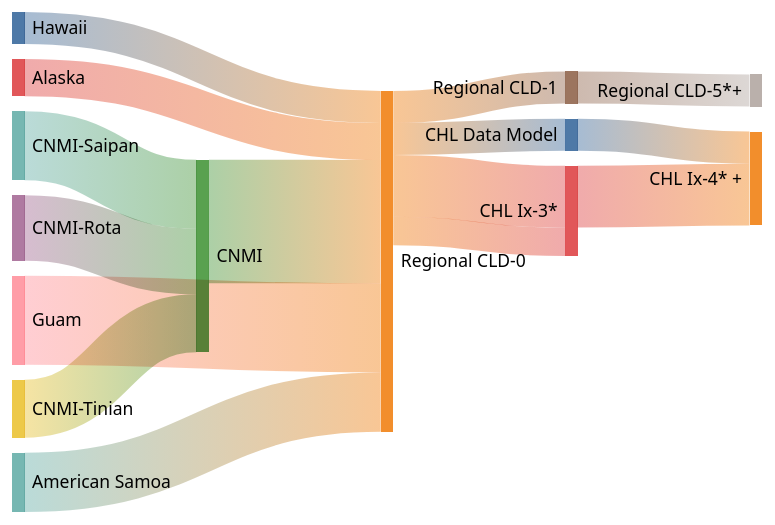
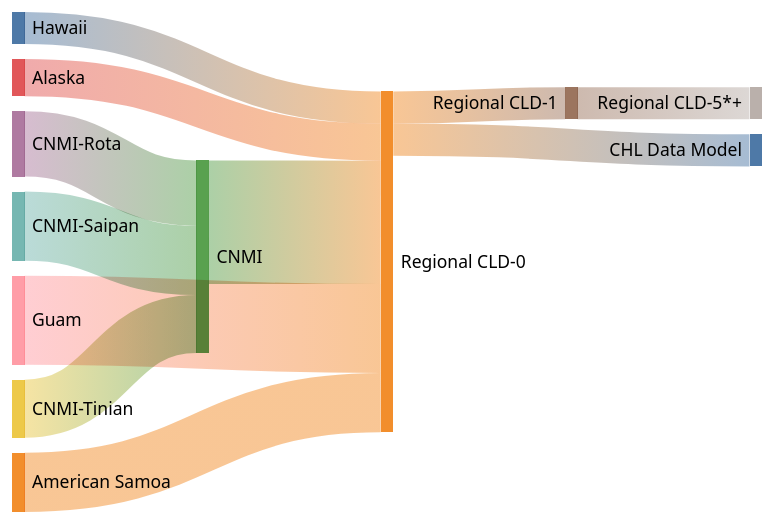
The second of 2 diagrams in CHLFS.md (CBSDLab/sandbox-mermaid), drawn with Mermaid (forest theme) before and after one commit.

````diff
--- a/CHLFS.md
+++ b/CHLFS.md
@@ -31,24 +31,20 @@
 ```mermaid
 ---
 config:
   sankey:
     showValues: false
 ---
 sankey-beta
 
 Hawaii,Regional CLD-0,26
 Alaska,Regional CLD-0,30
 CNMI-Saipan,CNMI,56
 CNMI-Tinian,CNMI,47
 CNMI-Rota,CNMI,53
 CNMI,Regional CLD-0,100
 Guam,Regional CLD-0,72
 Regional CLD-0,Regional CLD-1,26
 Regional CLD-1,Regional CLD-5*+,26
 Regional CLD-0,CHL Data Model,26
-CHL Data Model,CHL Ix-4* +,26
-Regional CLD-0,CHL Ix-3*,50
-Regional CLD-0,CHL Ix-3*,23
-CHL Ix-3*,CHL Ix-4* +,50
 American Samoa,Regional CLD-0,48 
 ```
````
